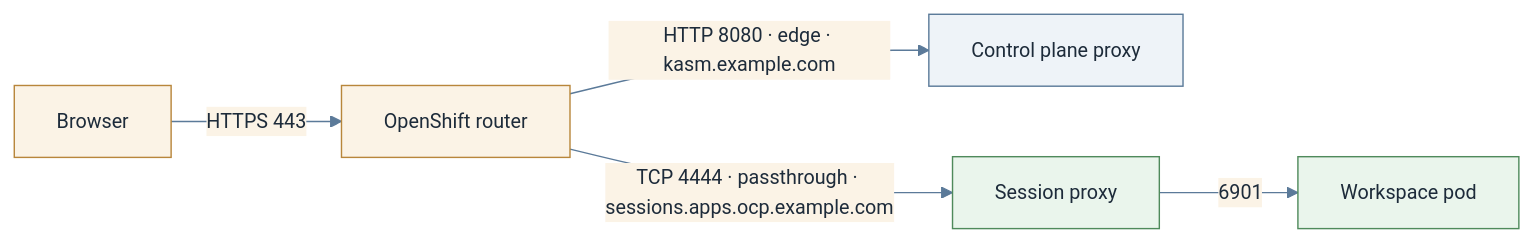
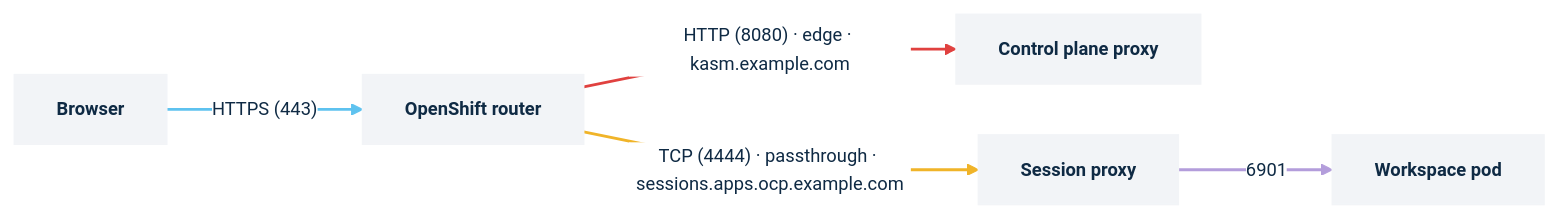
The diagram in docs/how-to/networking/openshift-route.md (kasmtech/kasm-helm), drawn with Mermaid before and after one commit. The commit also changed other lines of this file and 35 other files, not shown here.

First line of the commit message:
Kasm diagram theme, and the operator and agent fixes verified against the dev builds

````diff
--- a/docs/how-to/networking/openshift-route.md
+++ b/docs/how-to/networking/openshift-route.md
@@ -12,12 +12,18 @@
 ```mermaid
-%%{init: {"theme":"base","themeVariables":{"primaryColor":"#eef3f8","primaryBorderColor":"#5b7a99","primaryTextColor":"#1d2b3a","secondaryColor":"#fbf3e6","secondaryBorderColor":"#b8863b","tertiaryColor":"#eaf5ec","tertiaryBorderColor":"#4f8a5b","lineColor":"#5b7a99","fontFamily":"Inter, Helvetica, Arial, sans-serif","fontSize":"14px"},"flowchart":{"curve":"basis","htmlLabels":true}}}%%
+%%{init: {"theme":"base","themeVariables":{"background":"#ffffff","primaryColor":"#f2f4f7","primaryBorderColor":"#f2f4f7","primaryTextColor":"#0f2a44","lineColor":"#0f2a44","clusterBkg":"#ffffff","clusterBorder":"#4a4a4a","edgeLabelBackground":"#ffffff","fontFamily":"Montserrat, Helvetica, Arial, sans-serif","fontSize":"13px"},"flowchart":{"curve":"linear","htmlLabels":true,"nodeSpacing":36,"rankSpacing":64}}}%%
 flowchart LR
-  browser["Browser"] -->|"HTTPS 443"| route["OpenShift router"]
-  route -->|"HTTP 8080 · edge · kasm.example.com"| cp["Control plane proxy"]
-  route -->|"TCP 4444 · passthrough · sessions.apps.ocp.example.com"| sp["Session proxy"]
-  sp -->|"6901"| ws["Workspace pod"]
-  classDef agent fill:#eaf5ec,stroke:#4f8a5b
-  classDef ext fill:#fbf3e6,stroke:#b8863b
-  class sp,ws agent
-  class browser,route ext
+  browser["Browser"]:::card
+  route["OpenShift router"]:::card
+  cp["Control plane proxy"]:::card
+  sp["Session proxy"]:::card
+  ws["Workspace pod"]:::card
+  browser -->|"HTTPS (443)"| route
+  route -->|"HTTP (8080) · edge · kasm.example.com"| cp
+  route -->|"TCP (4444) · passthrough · sessions.apps.ocp.example.com"| sp
+  sp -->|"6901"| ws
+  classDef card fill:#f2f4f7,stroke:#f2f4f7,color:#0f2a44,font-weight:600
+  linkStyle 0 stroke:#5ec2ef,stroke-width:2px
+  linkStyle 1 stroke:#e0413f,stroke-width:2px
+  linkStyle 2 stroke:#f0b429,stroke-width:2px
+  linkStyle 3 stroke:#b39ddb,stroke-width:2px
 ```
````
